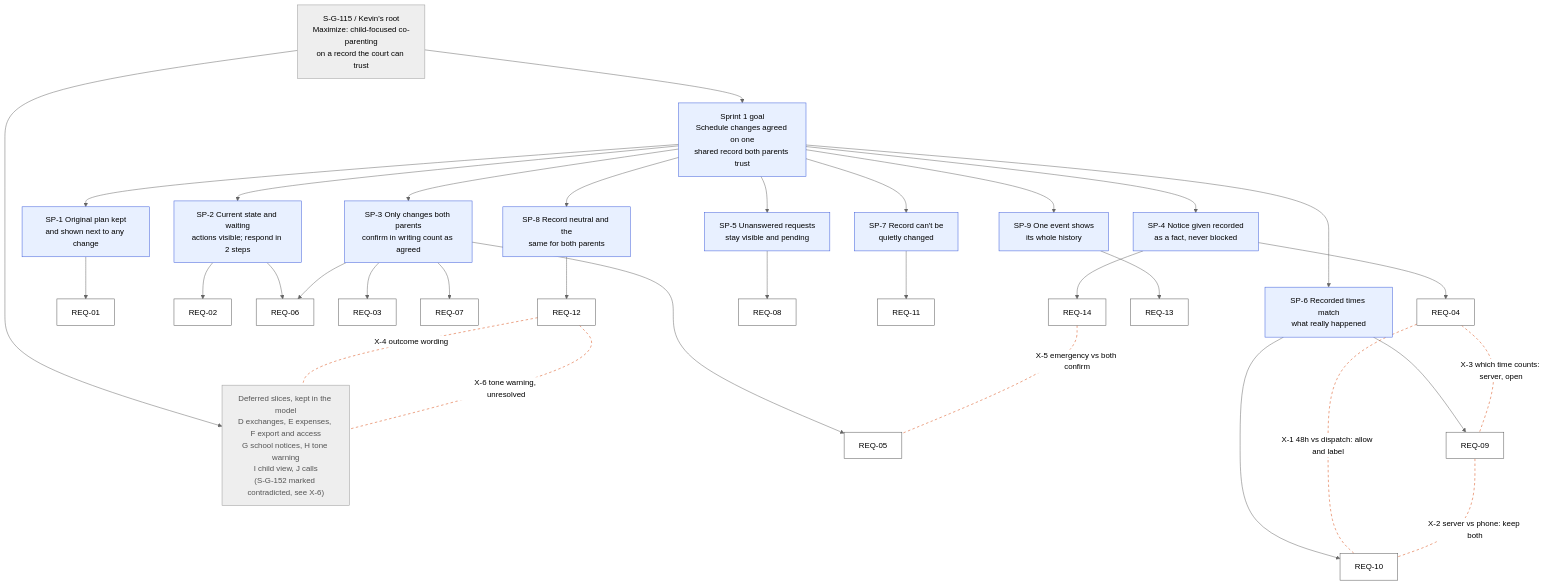
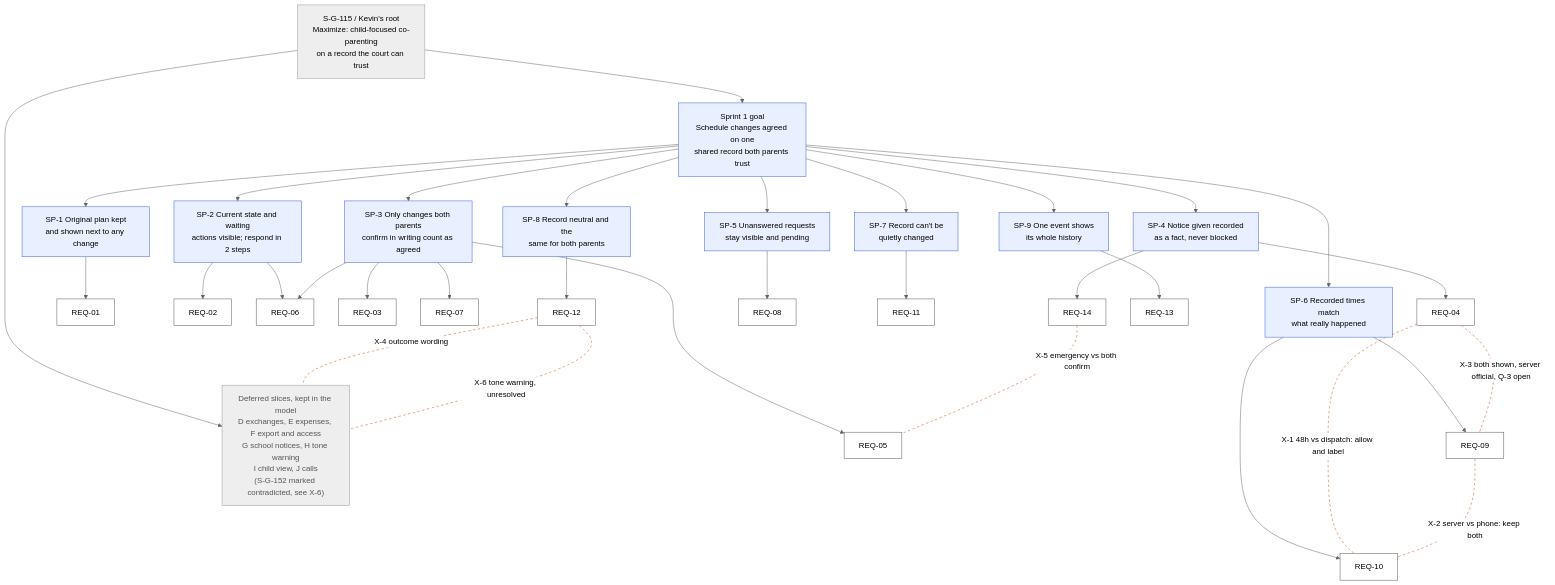
The diagram in docs/goal-model.md (samarthshukla6/17626_HW3_C2), drawn with Mermaid (neutral theme) before and after one commit. The commit also changed other lines of this file and 1 other file, not shown here.

````diff
--- a/docs/goal-model.md
+++ b/docs/goal-model.md
@@ -86,50 +86,50 @@
 ```mermaid
 flowchart TD
   ROOT["S-G-115 / Kevin's root<br/>Maximize: child-focused co-parenting<br/>on a record the court can trust"]
   SP0["Sprint 1 goal<br/>Schedule changes agreed on one<br/>shared record both parents trust"]
   ROOT --> SP0
   ROOT --> DEF
 
   SP0 --> SP1["SP-1 Original plan kept<br/>and shown next to any change"]
   SP0 --> SP2["SP-2 Current state and waiting<br/>actions visible; respond in 2 steps"]
   SP0 --> SP3["SP-3 Only changes both parents<br/>confirm in writing count as agreed"]
   SP0 --> SP4["SP-4 Notice given recorded<br/>as a fact, never blocked"]
   SP0 --> SP5["SP-5 Unanswered requests<br/>stay visible and pending"]
   SP0 --> SP6["SP-6 Recorded times match<br/>what really happened"]
   SP0 --> SP7["SP-7 Record can't be<br/>quietly changed"]
   SP0 --> SP8["SP-8 Record neutral and the<br/>same for both parents"]
   SP0 --> SP9["SP-9 One event shows<br/>its whole history"]
 
   SP1 --> R01["REQ-01"]
   SP2 --> R02["REQ-02"]
   SP2 --> R06["REQ-06"]
   SP3 --> R03["REQ-03"]
   SP3 --> R05["REQ-05"]
   SP3 --> R06
   SP3 --> R07["REQ-07"]
   SP4 --> R04["REQ-04"]
   SP4 --> R14["REQ-14"]
   SP5 --> R08["REQ-08"]
   SP6 --> R09["REQ-09"]
   SP6 --> R10["REQ-10"]
   SP7 --> R11["REQ-11"]
   SP8 --> R12["REQ-12"]
   SP9 --> R13["REQ-13"]
 
   DEF["Deferred slices, kept in the model<br/>D exchanges, E expenses, F export and access<br/>G school notices, H tone warning<br/>I child view, J calls<br/>(S-G-152 marked contradicted, see X-6)"]
 
   R04 -. "X-1 48h vs dispatch: allow and label" .- R10
-  R04 -. "X-3 which time counts: server, open" .- R09
+  R04 -. "X-3 both shown, server official, Q-3 open" .- R09
   R09 -. "X-2 server vs phone: keep both" .- R10
   R14 -. "X-5 emergency vs both confirm" .- R05
   R12 -. "X-4 outcome wording" .- DEF
   R12 -. "X-6 tone warning, unresolved" .- DEF
 
   classDef sprint fill:#e8f0ff,stroke:#3b5bdb,color:#000
   classDef req fill:#ffffff,stroke:#555,color:#000
   classDef deferred fill:#eeeeee,stroke:#999,color:#555
   class SP0,SP1,SP2,SP3,SP4,SP5,SP6,SP7,SP8,SP9 sprint
   class R01,R02,R03,R04,R05,R06,R07,R08,R09,R10,R11,R12,R13,R14 req
   class DEF deferred
   linkStyle 26,27,28,29,30,31 stroke:#d9480f,stroke-dasharray:5 5
 ```
````
